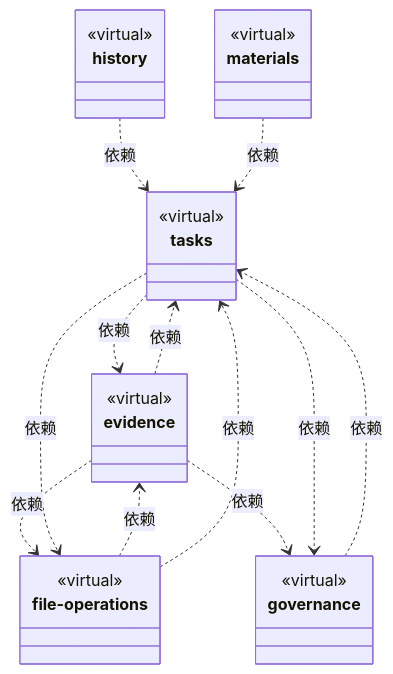
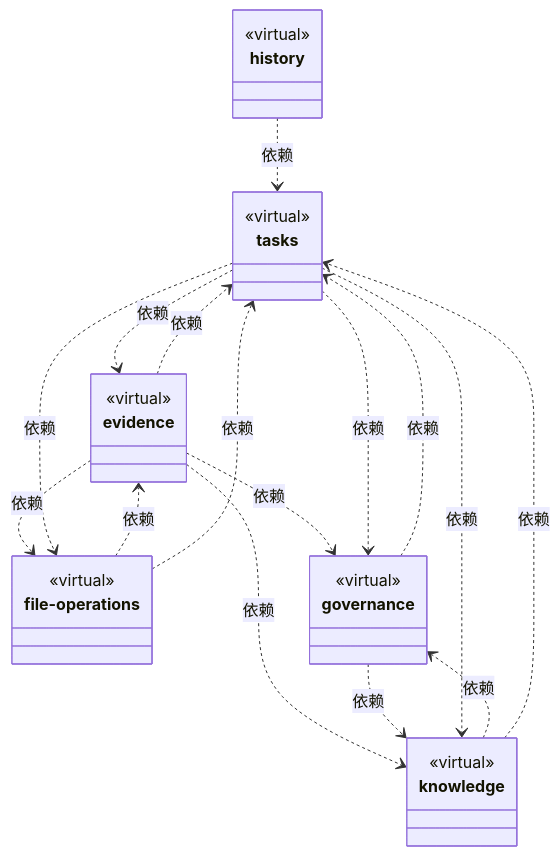
One commit to nan023062/cbim changed the second of 5 diagrams in src/logic/ARCHITECTURE.md. Above: the diagram before and after it, drawn with Mermaid. The commit also changed other lines of this file and 212 other files, not shown here.

````diff
--- a/src/logic/ARCHITECTURE.md
+++ b/src/logic/ARCHITECTURE.md
@@ -70,38 +70,42 @@
 ```mermaid
 classDiagram
 class N_fbed958d7f11["tasks"] {
   <<virtual>>
 }
 click N_fbed958d7f11 href "tasks/ARCHITECTURE.md"
 class N_b34c155e1489["evidence"] {
   <<virtual>>
 }
 click N_b34c155e1489 href "evidence/ARCHITECTURE.md"
 class N_35c2865c7780["file-operations"] {
   <<virtual>>
 }
 click N_35c2865c7780 href "file-operations/ARCHITECTURE.md"
 class N_46ab6b5c4908["governance"] {
   <<virtual>>
 }
 click N_46ab6b5c4908 href "governance/ARCHITECTURE.md"
 class N_cf2ceee1d883["history"] {
   <<virtual>>
 }
 click N_cf2ceee1d883 href "history/ARCHITECTURE.md"
-class N_b4b0dd19dbdf["materials"] {
+class N_6648e4abd154["knowledge"] {
   <<virtual>>
 }
-click N_b4b0dd19dbdf href "materials/ARCHITECTURE.md"
+click N_6648e4abd154 href "knowledge/ARCHITECTURE.md"
 N_b34c155e1489 ..> N_35c2865c7780 : 依赖
 N_b34c155e1489 ..> N_46ab6b5c4908 : 依赖
+N_b34c155e1489 ..> N_6648e4abd154 : 依赖
 N_b34c155e1489 ..> N_fbed958d7f11 : 依赖
 N_35c2865c7780 ..> N_b34c155e1489 : 依赖
 N_35c2865c7780 ..> N_fbed958d7f11 : 依赖
+N_46ab6b5c4908 ..> N_6648e4abd154 : 依赖
 N_46ab6b5c4908 ..> N_fbed958d7f11 : 依赖
 N_cf2ceee1d883 ..> N_fbed958d7f11 : 依赖
-N_b4b0dd19dbdf ..> N_fbed958d7f11 : 依赖
+N_6648e4abd154 ..> N_46ab6b5c4908 : 依赖
+N_6648e4abd154 ..> N_fbed958d7f11 : 依赖
 N_fbed958d7f11 ..> N_b34c155e1489 : 依赖
 N_fbed958d7f11 ..> N_35c2865c7780 : 依赖
 N_fbed958d7f11 ..> N_46ab6b5c4908 : 依赖
+N_fbed958d7f11 ..> N_6648e4abd154 : 依赖
 ```
````
